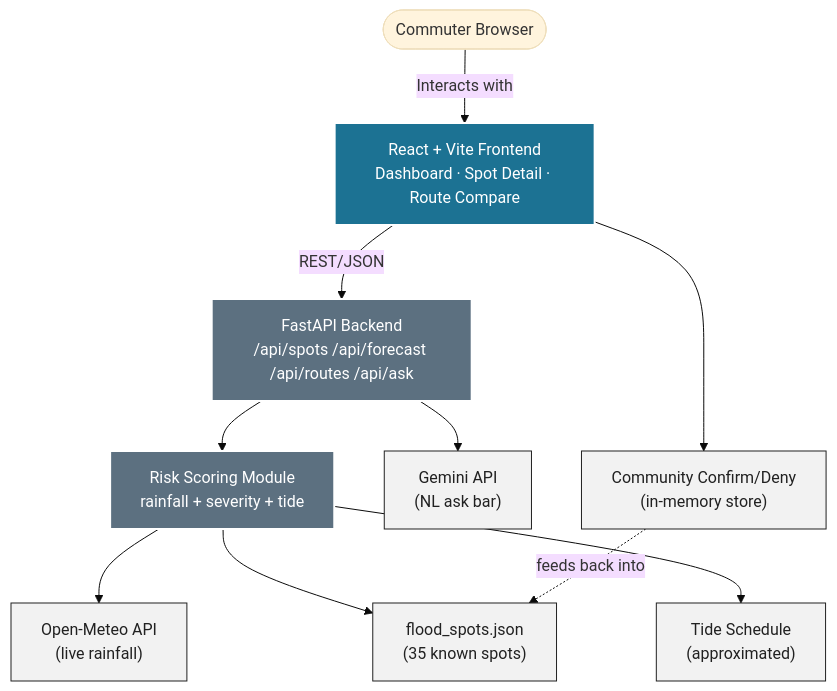
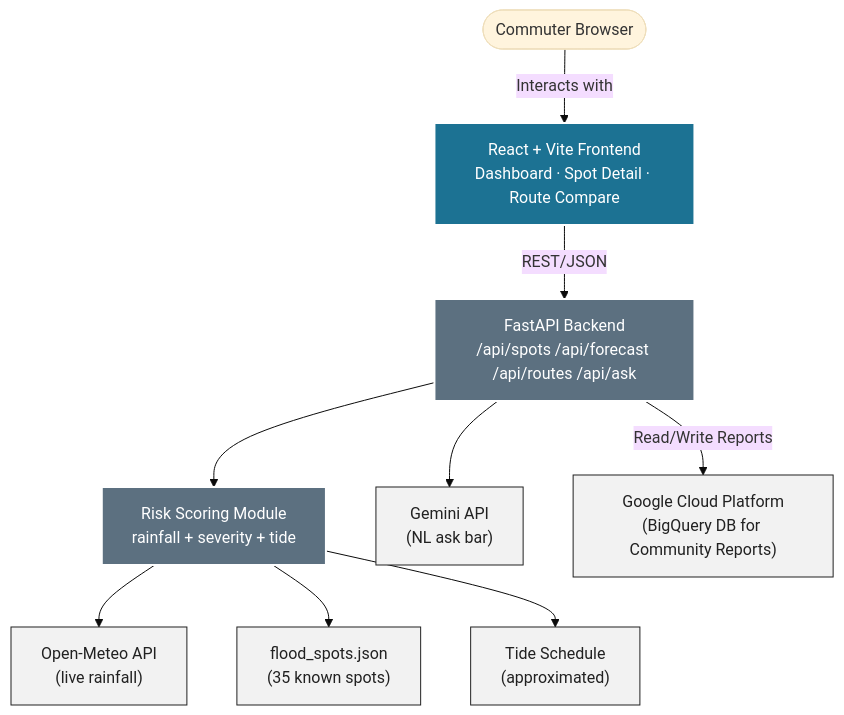
The diagram in README.md (M0izz/Rasta-Radar), drawn with Mermaid (base theme) before and after one commit. The commit also changed other lines of this file, not shown here.

Commit message:
docs: document GCP BigQuery database in README tech stack and architecture

````diff
--- a/README.md
+++ b/README.md
@@ -69,30 +70,29 @@
 ```mermaid
 graph TD
     Client([Commuter Browser])
     UI["React + Vite Frontend<br/>Dashboard · Spot Detail · Route Compare"]
     API["FastAPI Backend<br/>/api/spots /api/forecast /api/routes /api/ask"]
     Risk["Risk Scoring Module<br/>rainfall + severity + tide"]
     Meteo["Open-Meteo API<br/>(live rainfall)"]
     Spots["flood_spots.json<br/>(35 known spots)"]
     Tide["Tide Schedule<br/>(approximated)"]
     Gemini["Gemini API<br/>(NL ask bar)"]
-    Vote["Community Confirm/Deny<br/>(in-memory store)"]
+    BigQuery["Google Cloud Platform<br/>(BigQuery DB for Community Reports)"]
 
     Client -->|Interacts with| UI
     UI -->|REST/JSON| API
     API --> Risk
     Risk --> Meteo
     Risk --> Spots
     Risk --> Tide
     API --> Gemini
-    UI --> Vote
-    Vote -.->|feeds back into| Spots
+    API -->|Read/Write Reports| BigQuery
 
     classDef ui fill:#1C7293,stroke:#fff,stroke-width:2px,color:#fff;
     classDef server fill:#5C7080,stroke:#fff,stroke-width:2px,color:#fff;
     classDef data fill:#F2F2F2,stroke:#212121,stroke-width:1px,color:#212121;
 
     class UI ui;
     class API,Risk server;
-    class Meteo,Spots,Tide,Gemini,Vote data;
+    class Meteo,Spots,Tide,Gemini,BigQuery data;
 ```
````
